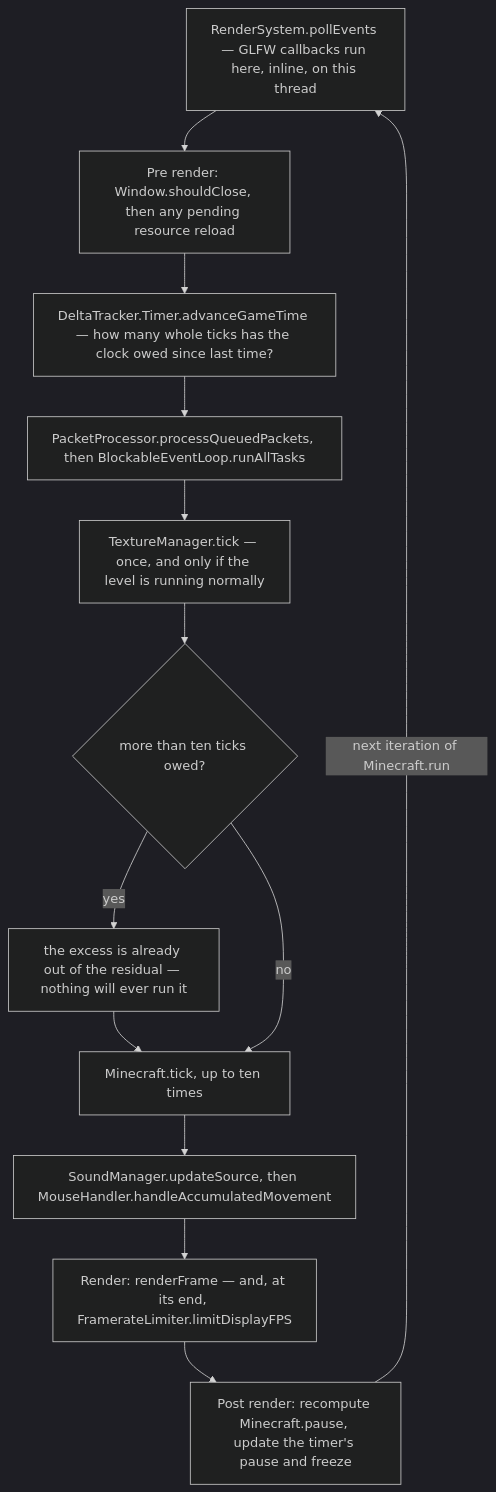
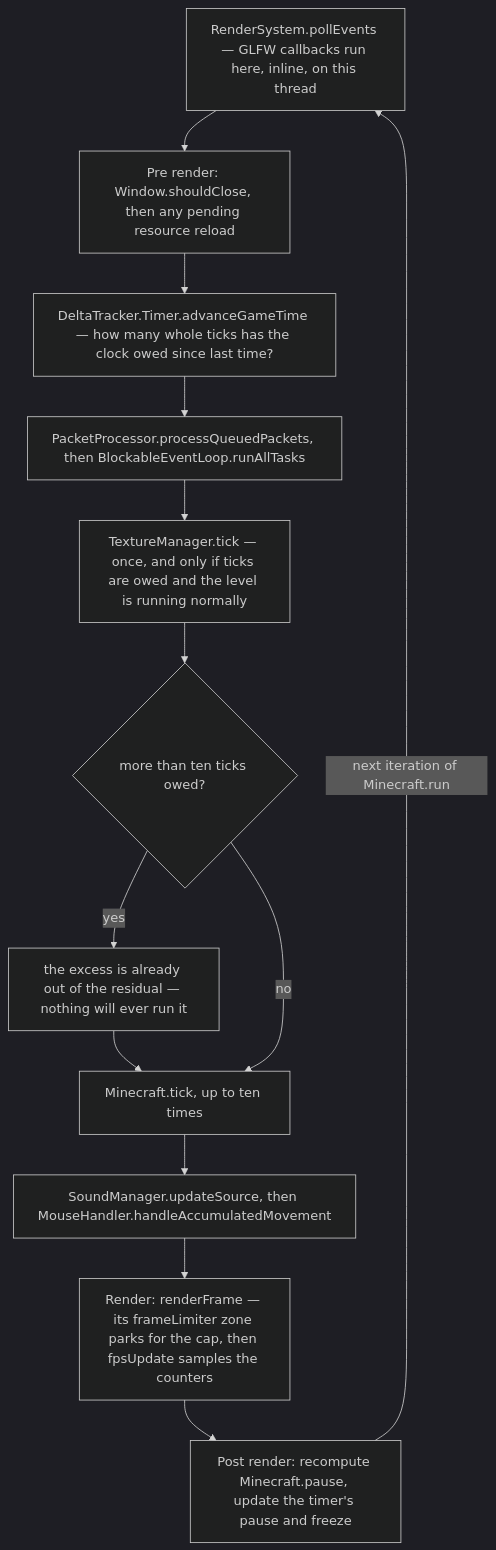
The diagram in src/systems/client/the-client-loop.md (AlexanderjFraser/MinecraftDocs), drawn with Mermaid (dark theme) before and after one commit. The commit also changed other lines of this file and 7 other files, not shown here.

````diff
--- a/src/systems/client/the-client-loop.md
+++ b/src/systems/client/the-client-loop.md
@@ -40,19 +42,19 @@
 ```mermaid
 flowchart TD
     POLL["RenderSystem.pollEvents — GLFW callbacks run here, inline, on this thread"]
     PRE["Pre render: Window.shouldClose, then any pending resource reload"]
     ASK["DeltaTracker.Timer.advanceGameTime — how many whole ticks has the clock owed since last time?"]
     DRAIN["PacketProcessor.processQueuedPackets, then BlockableEventLoop.runAllTasks"]
-    TEX["TextureManager.tick — once, and only if the level is running normally"]
+    TEX["TextureManager.tick — once, and only if ticks are owed and the level is running normally"]
     CLAMP{"more than ten ticks owed?"}
     DROP["the excess is already out of the residual — nothing will ever run it"]
     TICK["Minecraft.tick, up to ten times"]
     PREFRAME["SoundManager.updateSource, then MouseHandler.handleAccumulatedMovement"]
-    FRAME["Render: renderFrame — and, at its end, FramerateLimiter.limitDisplayFPS"]
+    FRAME["Render: renderFrame — its frameLimiter zone parks for the cap, then fpsUpdate samples the counters"]
     POST["Post render: recompute Minecraft.pause, update the timer's pause and freeze"]
     POLL --> PRE --> ASK --> DRAIN --> TEX --> CLAMP
     CLAMP -- "yes" --> DROP --> TICK
     CLAMP -- "no" --> TICK
     TICK --> PREFRAME --> FRAME --> POST
     POST -- "next iteration of Minecraft.run" --> POLL
 ```
````
